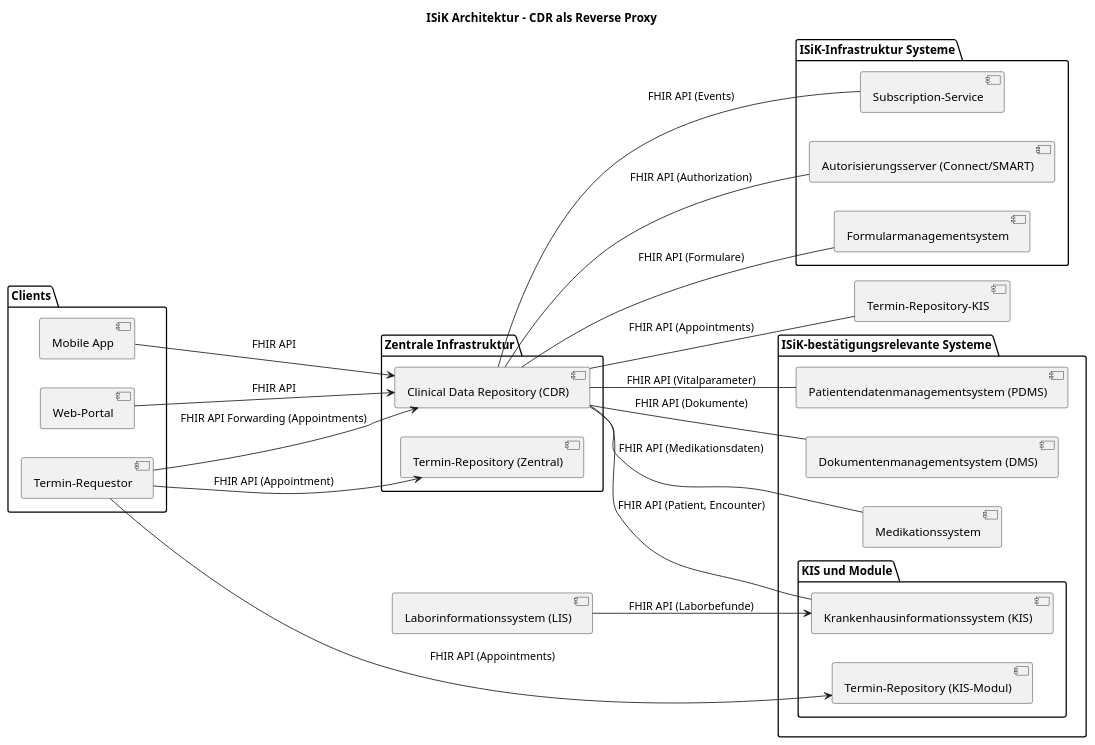
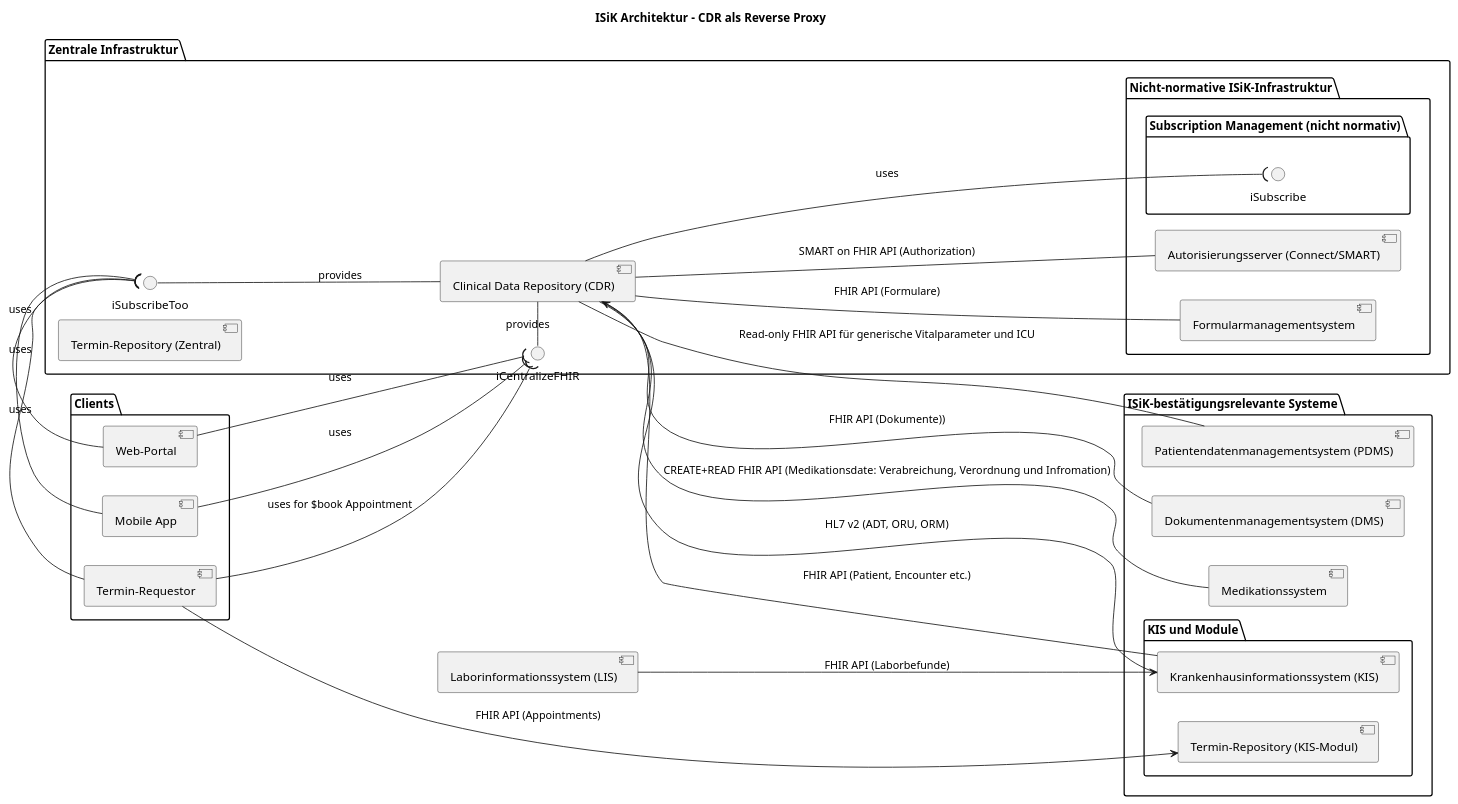
The diagram in Material/_commons/diagrams/isik-arch.puml (gematik/spec-ISiK-Basismodul), drawn with PlantUML before and after one commit.

Commit message:
update interfaces

```diff
--- a/Material/_commons/diagrams/isik-arch.puml
+++ b/Material/_commons/diagrams/isik-arch.puml
@@ -1,65 +1,91 @@
 @startuml
 left to right direction
 
 title ISiK Architektur – CDR als Reverse Proxy
 
 package "ISiK-bestätigungsrelevante Systeme" {
 
      package "KIS und Module" {
   [Krankenhausinformationssystem (KIS)] as KIS
     [Termin-Repository (KIS-Modul)] as TerminKIS
     } 
 
   [Patientendatenmanagementsystem (PDMS)] as PDMS
   [Dokumentenmanagementsystem (DMS)] as DMS
   [Medikationssystem]
 
+
 }
 
 package "Zentrale Infrastruktur" {
   [Clinical Data Repository (CDR)] as CDR
   [Termin-Repository (Zentral)] as TerminRepoZentral
+
+  interface iCentralizeFHIR
+  interface  iSubscribeToo
+
+  package "Nicht-normative ISiK-Infrastruktur" {
+  
+  [Autorisierungsserver (Connect/SMART)] as Autorisierungsserver
+  [Formularmanagementsystem]
+
+  package "Subscription Management (nicht normativ)" {
+    interface  iSubscribe
+  }
+
+  }
 }
+
+  
 
 [Laborinformationssystem (LIS)] as LIS
 
 
-package "ISiK-Infrastruktur Systeme" {
-  [Subscription-Service]
-  [Autorisierungsserver (Connect/SMART)] as Autorisierungsserver
-  [Formularmanagementsystem]
-}
-
-package "Zentrale Infrastruktur" {
-  [Clinical Data Repository (CDR)] as CDR
-}
 
 package "Clients" {
   [Mobile App]
   [Web-Portal]
   [Termin-Requestor]
 }
 
 ' Schnittstellen zwischen CDR und externen Clients
-[Mobile App] --> [CDR] : FHIR API
-[Web-Portal] --> [CDR] : FHIR API
-[Termin-Requestor] --> [TerminRepoZentral] : FHIR API (Appointment)
+iCentralizeFHIR - [CDR]  : provides
+[Mobile App] --( iCentralizeFHIR : uses
+[Web-Portal] --( iCentralizeFHIR : uses
+[Termin-Requestor] --( iCentralizeFHIR : "uses for $book Appointment"
 
-' Schnittstellen zwischen CDR und ISiK-Systemen
-[CDR] -- [KIS] : FHIR API (Patient, Encounter)
-[CDR] -- [PDMS] : FHIR API (Vitalparameter)
-[CDR] -- [DMS] : FHIR API (Dokumente)
-[Termin-Requestor] --> [CDR] : FHIR API Forwarding (Appointments)
-[CDR] -- [Termin-Repository-KIS] : FHIR API (Appointments)
-[CDR] -- [Medikationssystem] : FHIR API (Medikationsdaten)
-[CDR] -- [Autorisierungsserver] : FHIR API (Authorization) 
+
+' FHIR Schnittstellen zwischen CDR und ISiK-Systemen
+
+[CDR] -- [KIS] :  FHIR API (Patient, Encounter etc.) 
+[CDR] -- [PDMS] : Read-only FHIR API für generische Vitalparameter und ICU 
+[CDR] -- [DMS] : FHIR API (Dokumente))
+[CDR] -- [Medikationssystem] : CREATE+READ FHIR API (Medikationsdate: Verabreichung, Verordnung und Infromation)
+[CDR] -- [Autorisierungsserver] : SMART on FHIR API (Authorization) 
 [CDR] -- [Formularmanagementsystem] : FHIR API (Formulare)
-[CDR] -- [Subscription-Service] : FHIR API (Events)
+
+' weitere Schnittstellen zwischen CDR und ISiK-Systemen
+[KIS] --> [CDR] : HL7 v2 (ADT, ORU, ORM)
+'etc. für alle Systeme, die HL7 v2 unterstützen; hier nicht gerendert im Sinne der Übersichtlichkeit
 
 ' Direkte Schnittstellen zwischen ISiK-Systemen
 [LIS] --> [KIS] : FHIR API (Laborbefunde)
 [Termin-Requestor] --> [TerminKIS] : FHIR API (Appointments)
 
+' CDR Subscription Management zu subsystemen 
+[CDR] --( iSubscribe : uses 
+'iSubscribe - [KIS] : provides
+'iSubscribe - [PDMS] : provides
+'iSubscribe - [Medikationssystem] : provides
+' etc. für alle Systeme, die Subscription Management unterstützen; hier nicht gerendert im Sinne der Übersichtlichkeit
+
+' Client-Subscription-Management
+iSubscribeToo -- [CDR] : provides 
+[Mobile App] -( iSubscribeToo : uses 
+[Web-Portal] -( iSubscribeToo : uses 
+[Termin-Requestor] -( iSubscribeToo : uses
+
+
 
 
 @enduml
```
